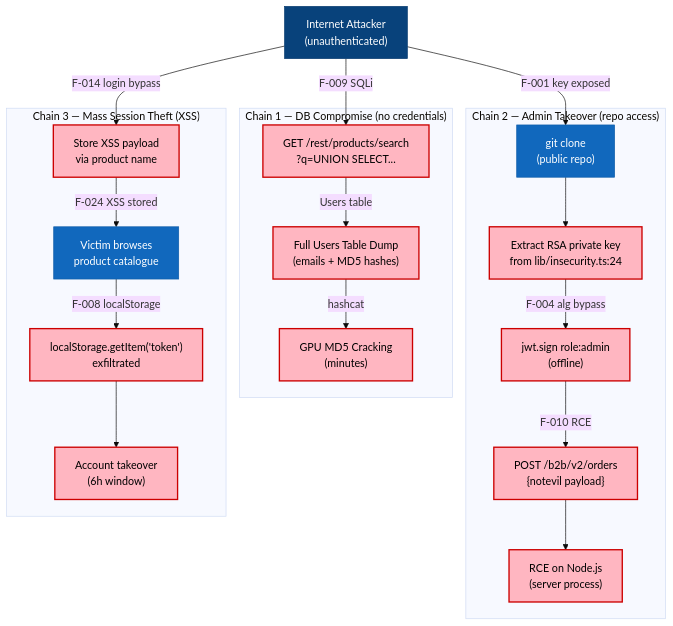
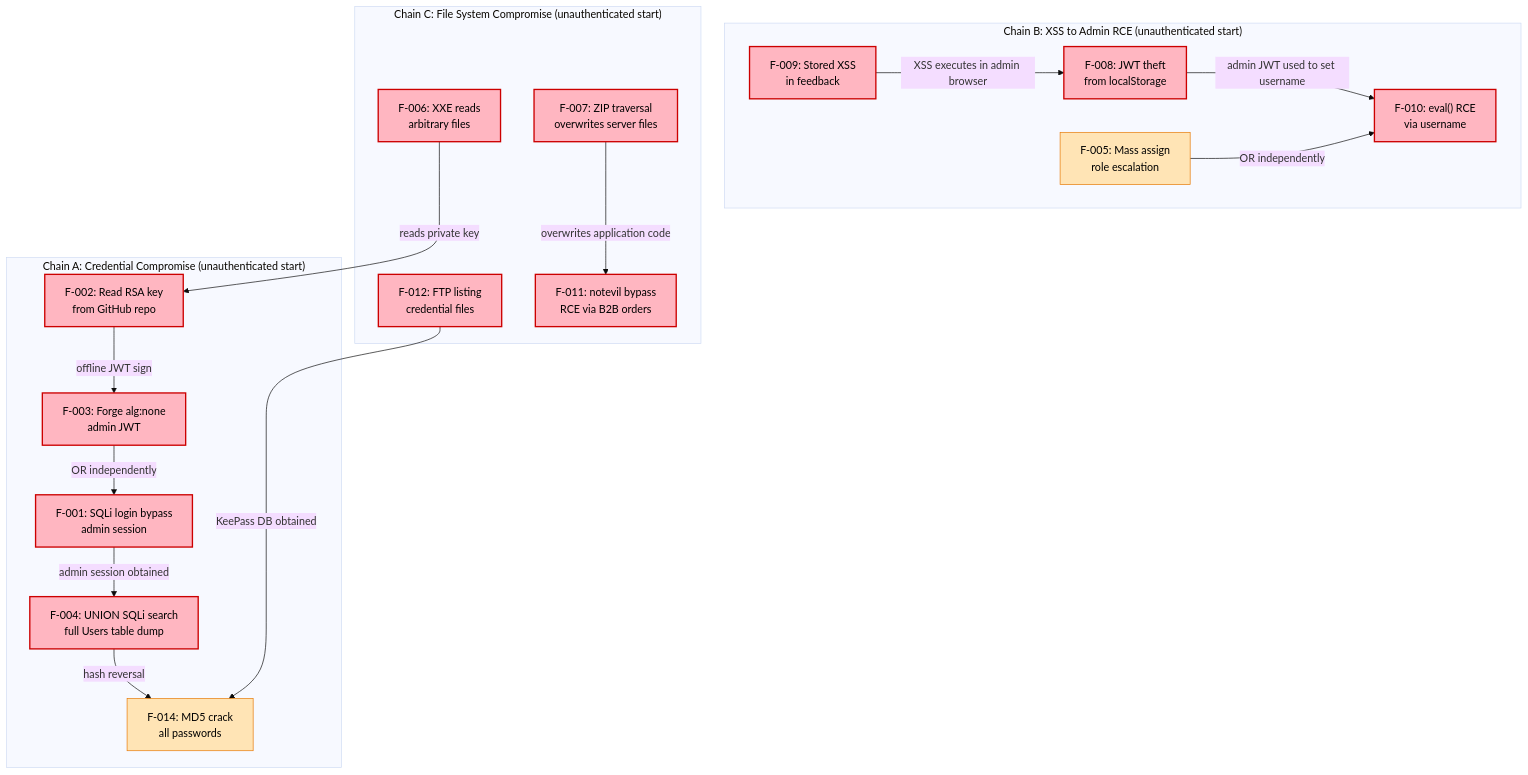
One commit to appsec-foundry/appsec-advisor changed the fifth of 17 diagrams in examples/juice-shop/threat-model-juiceshop-thorough.md. Above: the diagram before and after it, drawn with Mermaid (base theme). The commit also changed other lines of this file and 12 other files, not shown here.

Commit message:
new schema & quality enforcement implemented

````diff
--- a/examples/juice-shop/threat-model-juiceshop-thorough.md
+++ b/examples/juice-shop/threat-model-juiceshop-thorough.md
@@ -437,44 +566,37 @@
 ```mermaid
 graph TD
-    ATTACKER["Internet Attacker\n(unauthenticated)"]:::person
+    classDef risk fill:#FFB6C1,stroke:#c00,color:#000,stroke-width:2px
+    classDef high fill:#FFE4B5,stroke:#e67700,color:#000
 
-    subgraph CHAIN1["Chain 1 — DB Compromise (no credentials)"]
-        A1["GET /rest/products/search\n?q=UNION SELECT..."]:::risk
-        A2["Full Users Table Dump\n(emails + MD5 hashes)"]:::risk
-        A3["GPU MD5 Cracking\n(minutes)"]:::risk
+    subgraph CHAIN_A["Chain A: Credential Compromise (unauthenticated start)"]
+        A1["F-002: Read RSA key<br/>from GitHub repo"]:::risk
+        A2["F-003: Forge alg:none<br/>admin JWT"]:::risk
+        A3["F-001: SQLi login bypass<br/>admin session"]:::risk
+        A4["F-004: UNION SQLi search<br/>full Users table dump"]:::risk
+        A5["F-014: MD5 crack<br/>all passwords"]:::high
+        A1 -->|"offline JWT sign"| A2
+        A2 -->|"OR independently"| A3
+        A3 -->|"admin session obtained"| A4
+        A4 -->|"hash reversal"| A5
     end
 
-    subgraph CHAIN2["Chain 2 — Admin Takeover (repo access)"]
-        B1["git clone\n(public repo)"]:::system
-        B2["Extract RSA private key\nfrom lib/insecurity.ts:24"]:::risk
-        B3["jwt.sign role:admin\n(offline)"]:::risk
-        B4["POST /b2b/v2/orders\n{notevil payload}"]:::risk
-        B5["RCE on Node.js\n(server process)"]:::risk
+    subgraph CHAIN_B["Chain B: XSS to Admin RCE (unauthenticated start)"]
+        B1["F-009: Stored XSS<br/>in feedback"]:::risk
+        B2["F-008: JWT theft<br/>from localStorage"]:::risk
+        B3["F-010: eval() RCE<br/>via username"]:::risk
+        B4["F-005: Mass assign<br/>role escalation"]:::high
+        B1 -->|"XSS executes in admin browser"| B2
+        B2 -->|"admin JWT used to set username"| B3
+        B4 -->|"OR independently"| B3
     end
 
-    subgraph CHAIN3["Chain 3 — Mass Session Theft (XSS)"]
-        C1["Store XSS payload\nvia product name"]:::risk
-        C2["Victim browses\nproduct catalogue"]:::system
-        C3["localStorage.getItem('token')\nexfiltrated"]:::risk
-        C4["Account takeover\n(6h window)"]:::risk
+    subgraph CHAIN_C["Chain C: File System Compromise (unauthenticated start)"]
+        C1["F-006: XXE reads<br/>arbitrary files"]:::risk
+        C2["F-007: ZIP traversal<br/>overwrites server files"]:::risk
+        C3["F-012: FTP listing<br/>credential files"]:::risk
+        C4["F-011: notevil bypass<br/>RCE via B2B orders"]:::risk
+        C1 -->|"reads private key"| A1
+        C3 -->|"KeePass DB obtained"| A5
+        C2 -->|"overwrites application code"| C4
     end
-
-    ATTACKER -->|"F-009 SQLi"| A1
-    A1 -->|"Users table"| A2
-    A2 -->|"hashcat"| A3
-
-    ATTACKER -->|"F-001 key exposed"| B1
-    B1 --> B2
-    B2 -->|"F-004 alg bypass"| B3
-    B3 -->|"F-010 RCE"| B4
-    B4 --> B5
-
-    ATTACKER -->|"F-014 login bypass"| C1
-    C1 -->|"F-024 XSS stored"| C2
-    C2 -->|"F-008 localStorage"| C3
-    C3 --> C4
-
-    classDef person fill:#08427B,stroke:#073B6F,color:#fff
-    classDef system fill:#1168BD,stroke:#0E5CA8,color:#fff
-    classDef risk fill:#FFB6C1,stroke:#c00,color:#000,stroke-width:2px
 ```
````
